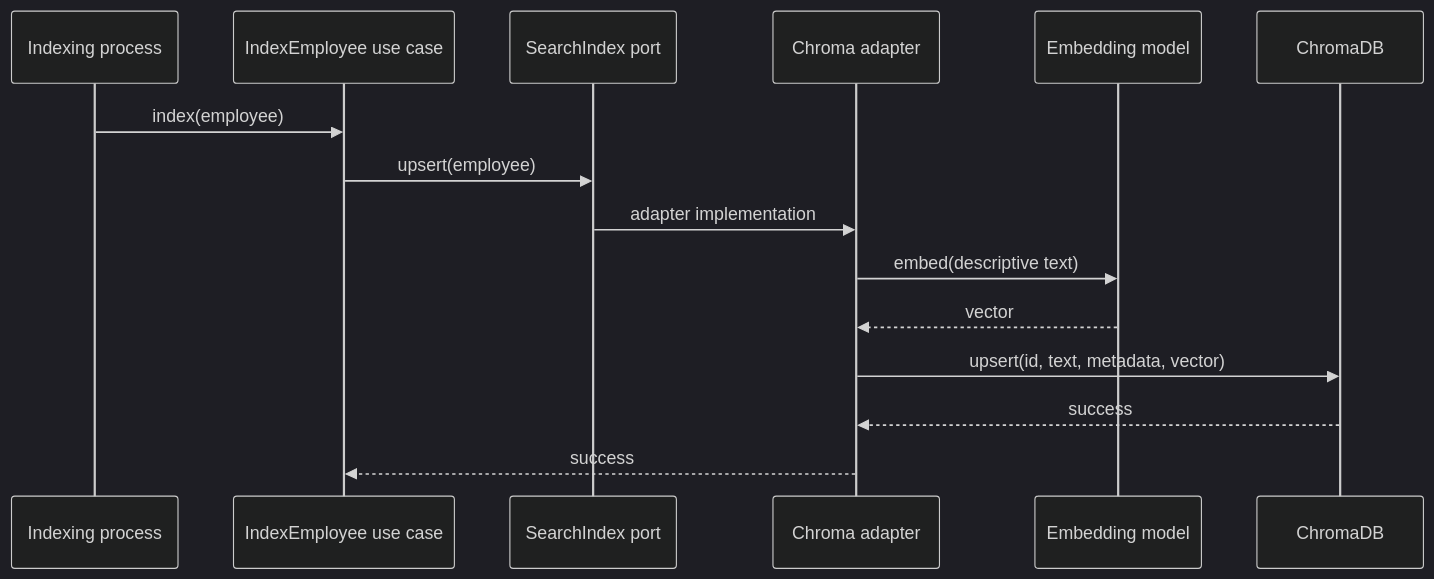
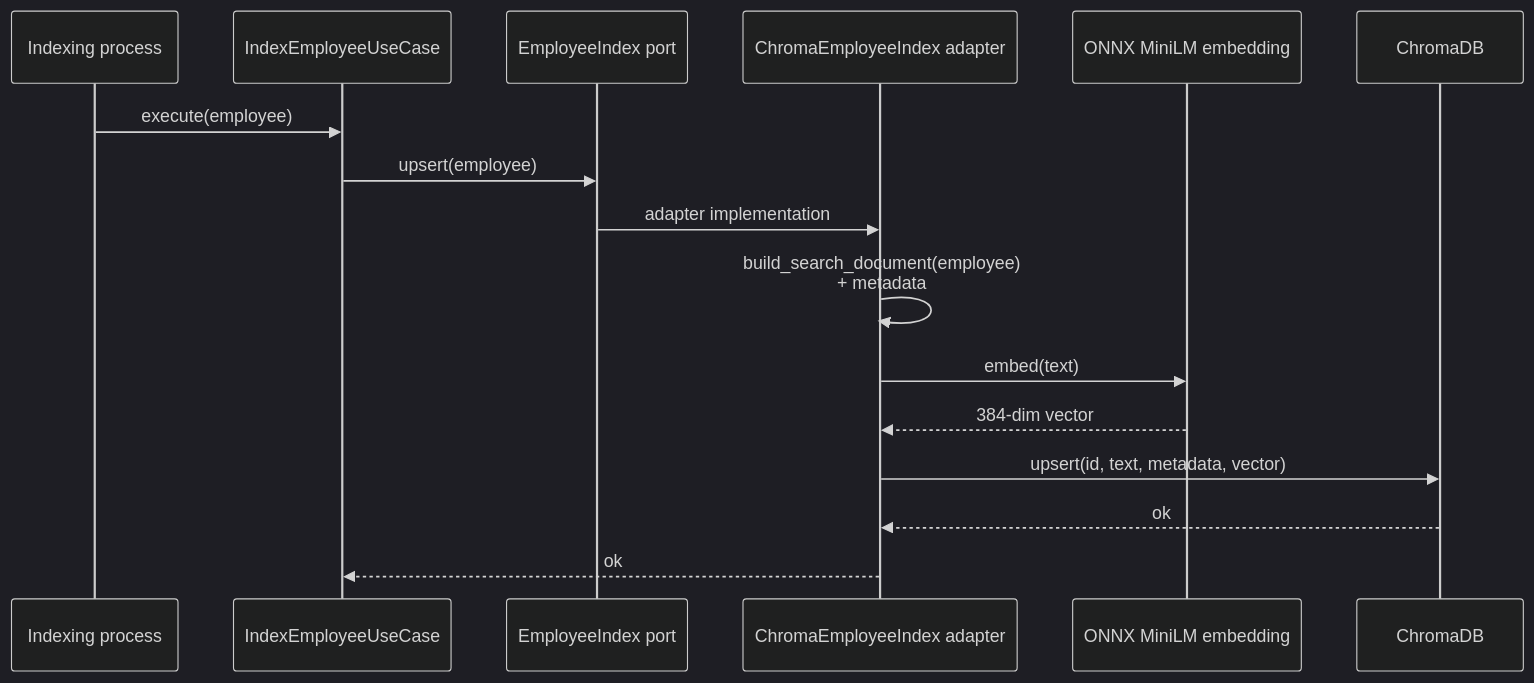
Before and after one commit to Thommans-Playground/coursera-IBM-RAG-Agentic-AI-Professional-Certificate: the first of 3 diagrams in course3/use-cases/UC-003-Index-Employee.md, drawn with Mermaid (dark theme). The commit also changed other lines of this file, not shown here.

````diff
--- a/course3/use-cases/UC-003-Index-Employee.md
+++ b/course3/use-cases/UC-003-Index-Employee.md
@@ -13,17 +38,18 @@
 ```mermaid
 sequenceDiagram
  participant W as Indexing process
- participant U as IndexEmployee use case
- participant P as SearchIndex port
- participant A as Chroma adapter
- participant M as Embedding model
+ participant U as IndexEmployeeUseCase
+ participant P as EmployeeIndex port
+ participant A as ChromaEmployeeIndex adapter
+ participant M as ONNX MiniLM embedding
  participant C as ChromaDB
- W->>U: index(employee)
+ W->>U: execute(employee)
  U->>P: upsert(employee)
  P->>A: adapter implementation
- A->>M: embed(descriptive text)
- M-->>A: vector
+ A->>A: build_search_document(employee)<br/>+ metadata
+ A->>M: embed(text)
+ M-->>A: 384-dim vector
  A->>C: upsert(id, text, metadata, vector)
- C-->>A: success
- A-->>U: success
+ C-->>A: ok
+ A-->>U: ok
 ```
````
